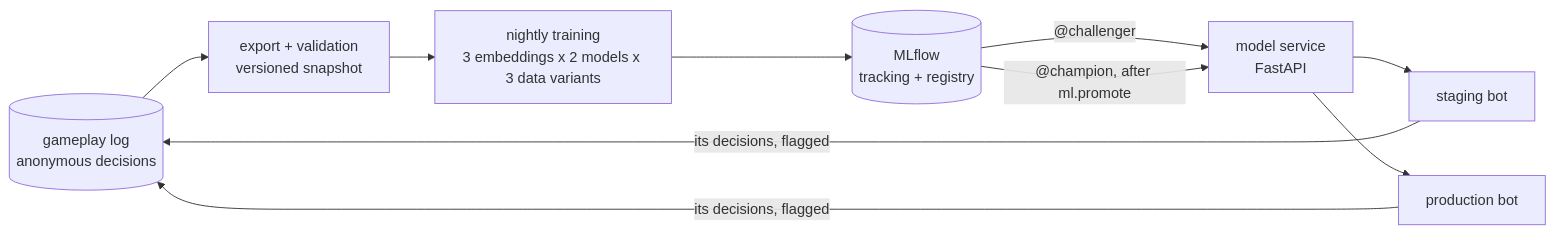
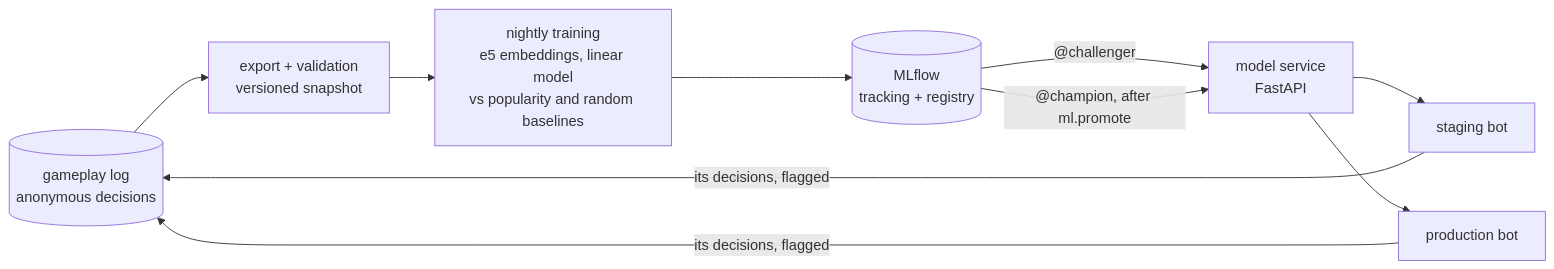
Before and after one commit to csipapicsa/emberisegelleneskartyak: the first of 3 diagrams in README.md, drawn with Mermaid. The commit also changed 4 other files, not shown here.

First line of the commit message:
Nightly training: only linear e5 on human picks (variant A)

````diff
--- a/README.md
+++ b/README.md
@@ -43,11 +43,11 @@
 ```mermaid
 flowchart LR
     G[(gameplay log<br>anonymous decisions)] --> X[export + validation<br>versioned snapshot]
-    X --> T[nightly training<br>3 embeddings x 2 models x 3 data variants]
+    X --> T[nightly training<br>e5 embeddings, linear model<br>vs popularity and random baselines]
     T --> MF[(MLflow<br>tracking + registry)]
     MF -- "@challenger" --> MS[model service<br>FastAPI]
     MF -- "@champion, after ml.promote" --> MS
     MS --> SG[staging bot]
     MS --> PG[production bot]
     SG & PG -- "its decisions, flagged" --> G
 ```
````
